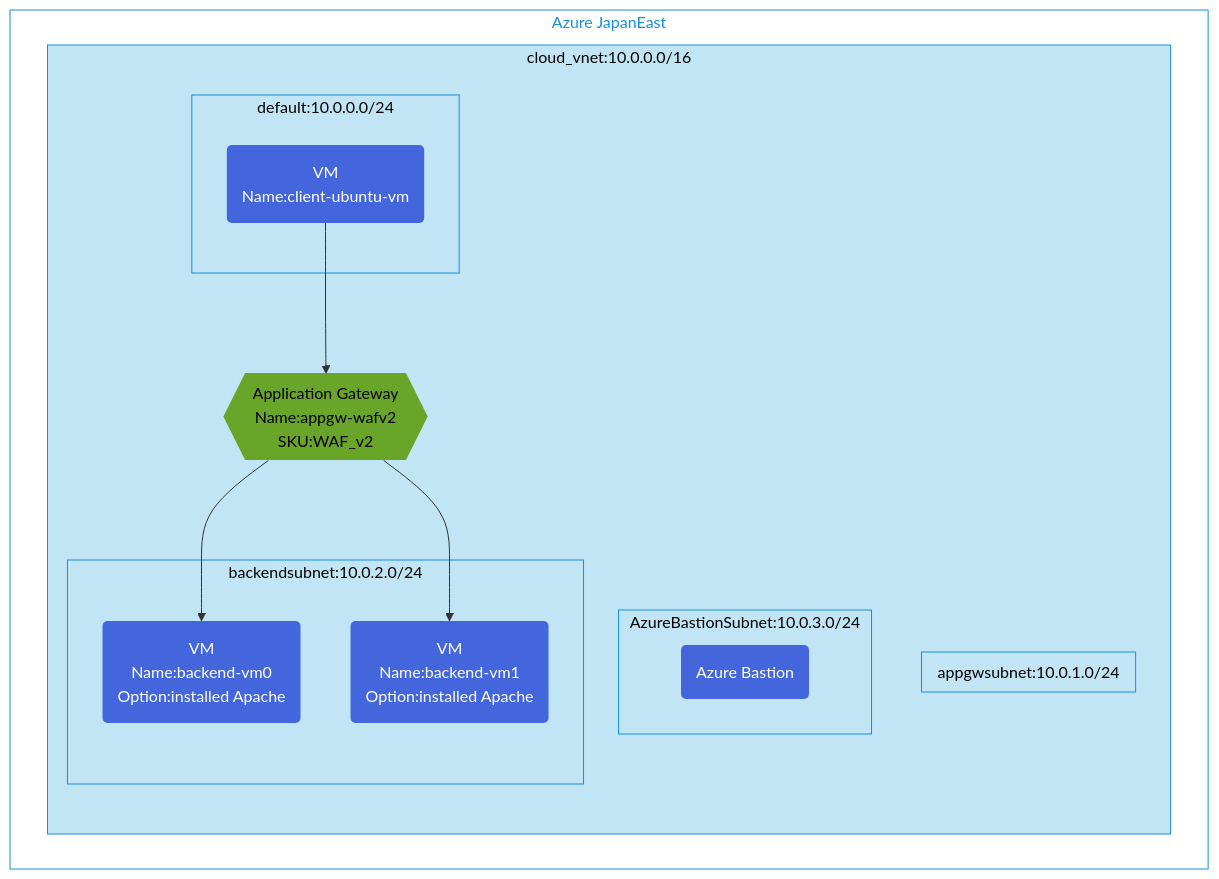
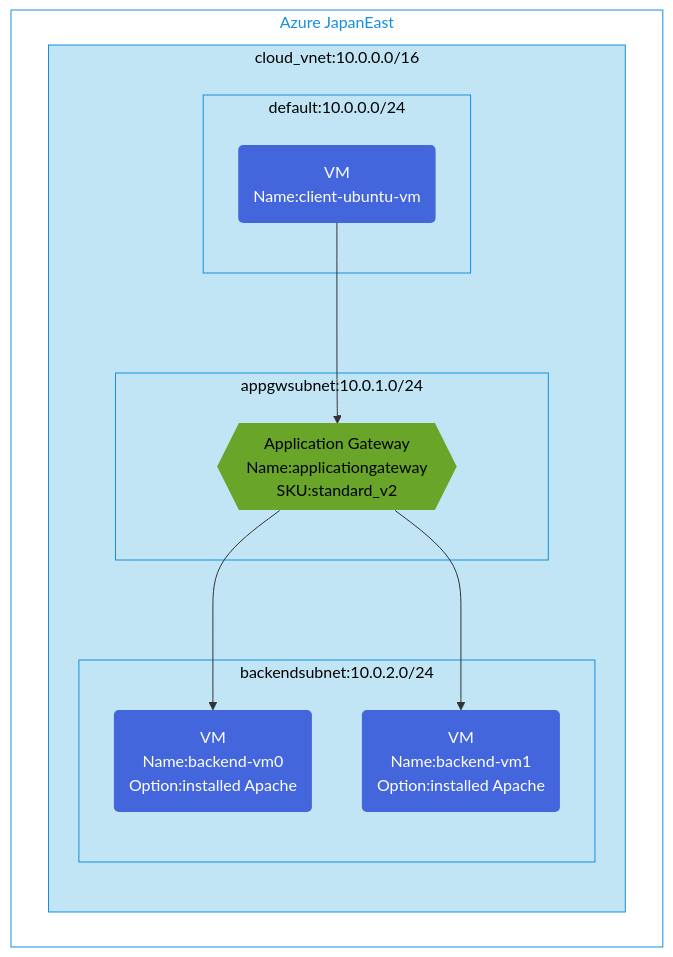
Before and after one commit to toizumi03/bicep-templates: the diagram in appgw-wafv2-backend-vm-installed-apache-env1/README.md, drawn with Mermaid. The commit also changed other lines of this file, not shown here.

````diff
--- a/appgw-wafv2-backend-vm-installed-apache-env1/README.md
+++ b/appgw-wafv2-backend-vm-installed-apache-env1/README.md
@@ -5,43 +5,40 @@
 ```mermaid
 graph TB;
 %% Groups and Services
 subgraph GR1[Azure JapanEast]
   subgraph GV1[cloud_vnet:10.0.0.0/16]
       subgraph GVS1[default:10.0.0.0/24]
         CP1("VM<br/>Name:client-ubuntu-vm")
       end
-      APPGW{{"Application Gateway<br/>Name:appgw-wafv2<br/>SKU:WAF_v2"}}
       subgraph GVS4[appgwsubnet:10.0.1.0/24]
-      end
-      subgraph GVS3[AzureBastionSubnet:10.0.3.0/24]
-        CP3("Azure Bastion")
+      APPGW{{"Application Gateway<br/>Name:applicationgateway<br/>SKU:standard_v2"}}
       end
       subgraph GVS2[backendsubnet:10.0.2.0/24]
         CP4("VM<br/>Name:backend-vm0<br/>Option:installed Apache")
         CP5("VM<br/>Name:backend-vm1<br/>Option:installed Apache")
       end
 end
 end
 
 %% Relation for resources
 CP1 --> APPGW
 APPGW --> CP4
 APPGW --> CP5
 
 %% Groups style
 classDef GSR fill:#fff,color:#1490df,stroke:#1490df
 class GR1,GR2 GSR
 
 classDef SGV1 fill:#c1e5f5,color:#000,stroke:#1490df
 class GV1,GVS1,GVS2,GVS3,GVS4 SGV1
 
 classDef SGV2 fill:#c1e5f5,color:#000,stroke:#1490df
 class GV2 SGV2
  
 %% Service Style
 classDef SCP fill:#4466dd,color:#fff,stroke:none
 class CP1,CP3,CP4,CP5 SCP
 
 classDef SVPAPPGW fill:#68a528,color:#000,stroke:none
 class APPGW SVPAPPGW
 ```
````
